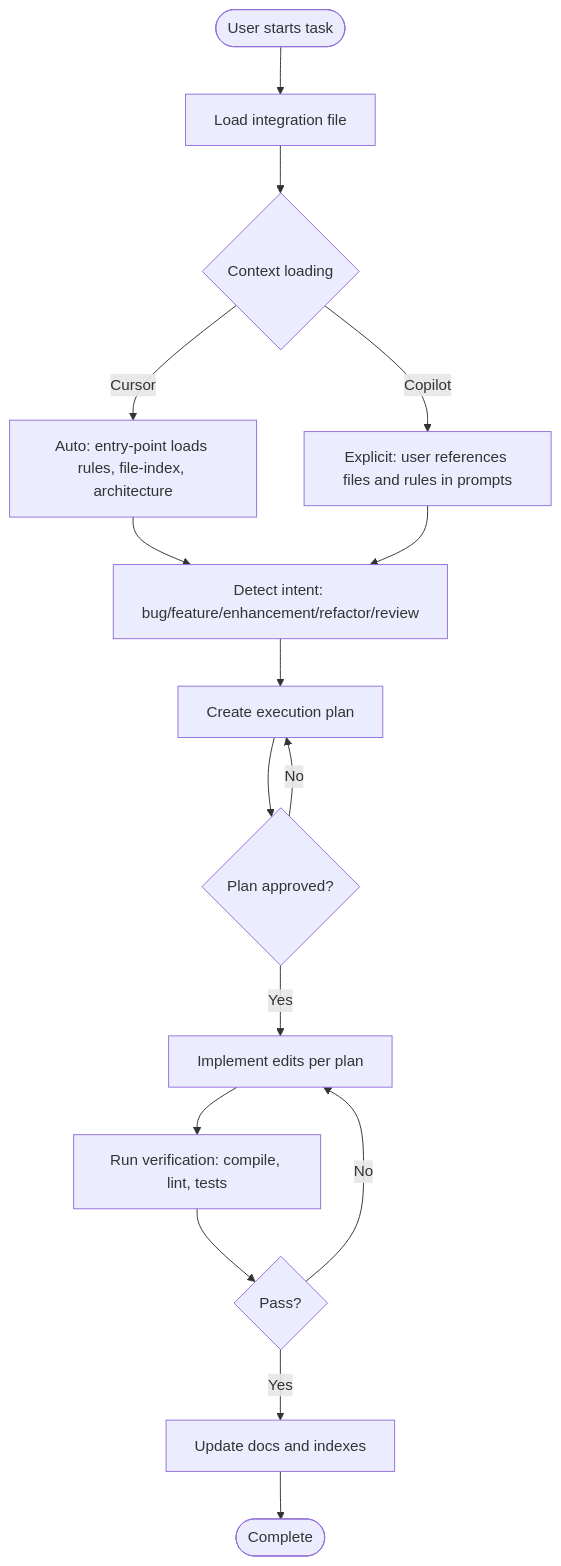
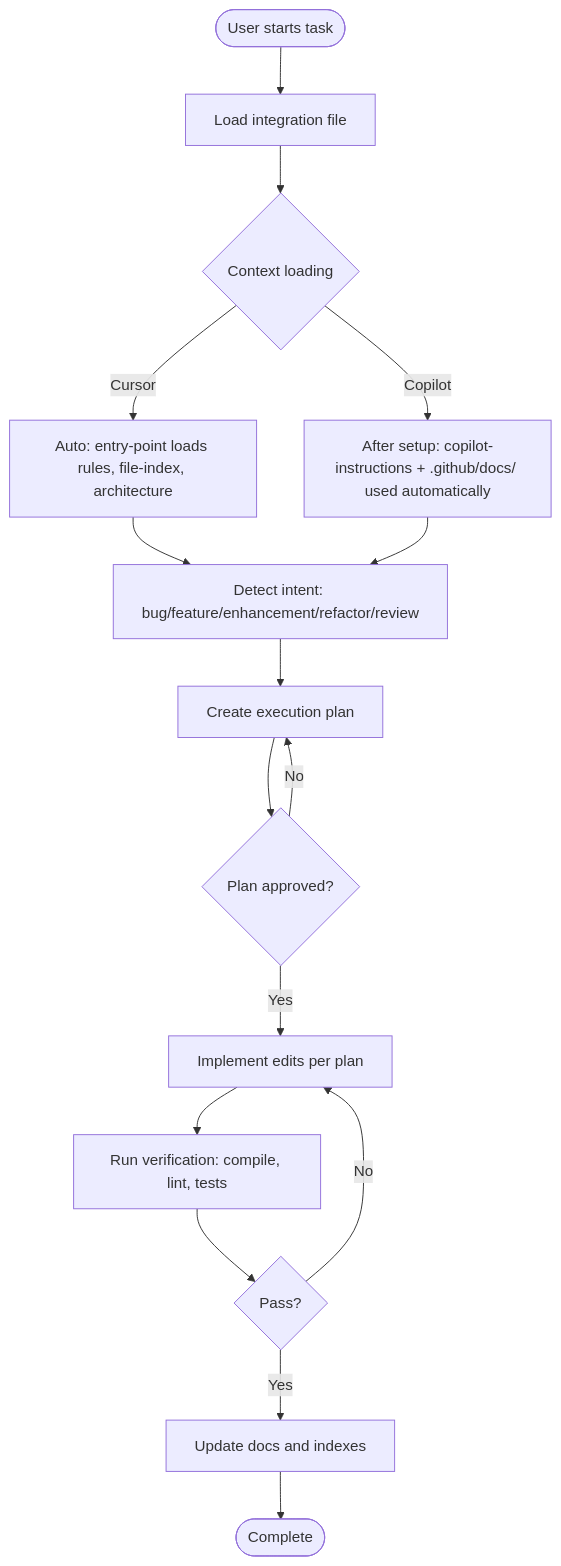
Before and after one commit to OwlRepo/cursor-automation-files: the third of 3 diagrams in README.md, drawn with Mermaid. The commit also changed other lines of this file, not shown here.

````diff
--- a/README.md
+++ b/README.md
@@ -165,22 +168,22 @@
 ```mermaid
 flowchart TD
     Start([User starts task]) --> LoadMaster[Load integration file]
     LoadMaster --> Context{Context loading}
     Context -->|Cursor| Auto[Auto: entry-point loads rules, file-index, architecture]
-    Context -->|Copilot| Explicit[Explicit: user references files and rules in prompts]
+    Context -->|Copilot| Explicit[After setup: copilot-instructions + .github/docs/ used automatically]
 
     Auto --> DetectIntent[Detect intent: bug/feature/enhancement/refactor/review]
     Explicit --> DetectIntent
 
     DetectIntent --> Plan[Create execution plan]
     Plan --> PlanGate{Plan approved?}
     PlanGate -->|No| Plan
     PlanGate -->|Yes| Implement[Implement edits per plan]
 
     Implement --> Verify[Run verification: compile, lint, tests]
     Verify --> VerifyPass{Pass?}
     VerifyPass -->|No| Implement
     VerifyPass -->|Yes| UpdateDocs[Update docs and indexes]
 
     UpdateDocs --> Complete([Complete])
 ```
````
